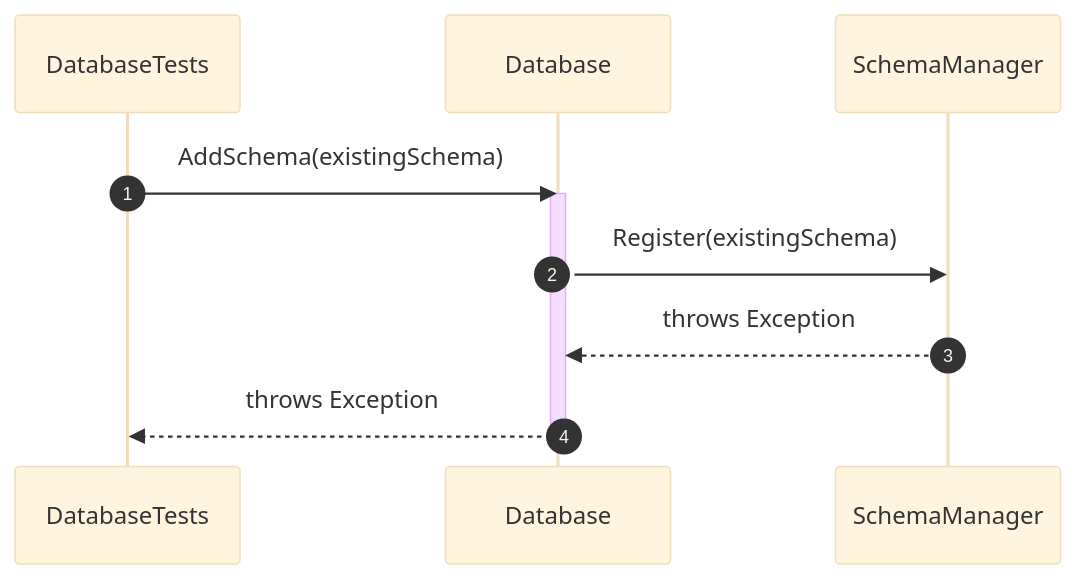
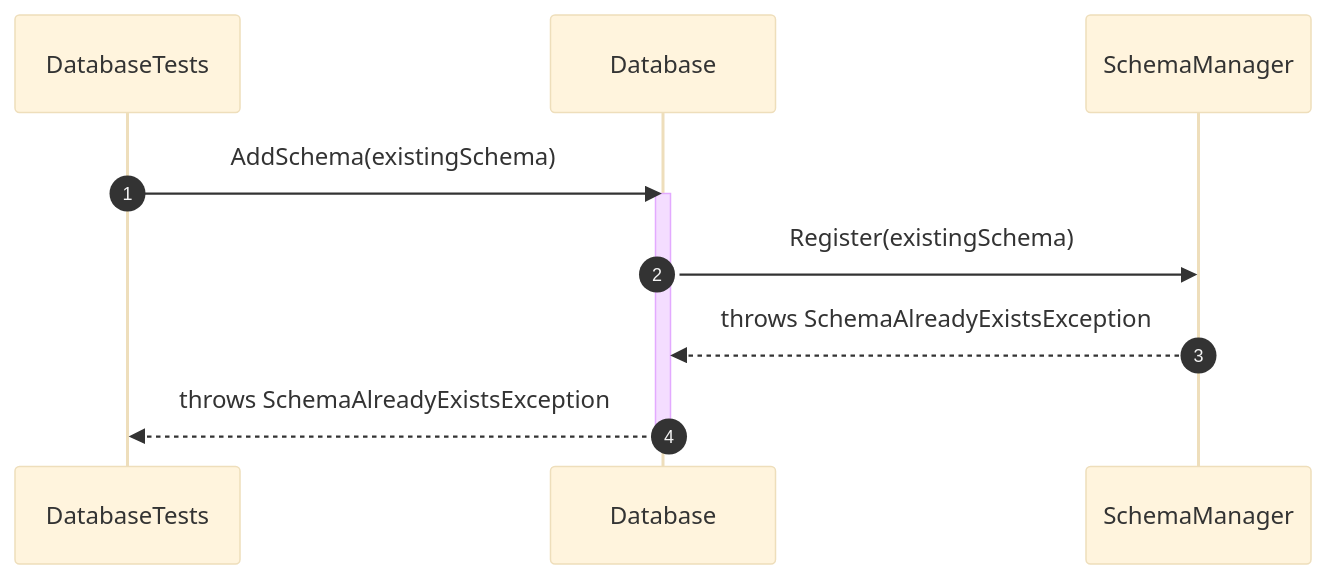
Diagram 18 of 29 in docs/sequence-diagrams/database-management/README.md (manaxpow/DBMS), drawn with Mermaid (base theme) before and after one commit. The commit also changed other lines of this file and 23 other files, not shown here.

````diff
--- a/docs/sequence-diagrams/database-management/README.md
+++ b/docs/sequence-diagrams/database-management/README.md
@@ -359,15 +359,15 @@
 ```mermaid
 sequenceDiagram
     autonumber
 
     participant Test as DatabaseTests
     participant DB as Database
     participant SchemaManager as SchemaManager
 
     Test->>DB: AddSchema(existingSchema)
     activate DB
     DB->>SchemaManager: Register(existingSchema)
-    SchemaManager-->>DB: throws Exception
-    DB-->>Test: throws Exception
+    SchemaManager-->>DB: throws SchemaAlreadyExistsException
+    DB-->>Test: throws SchemaAlreadyExistsException
     deactivate DB
 ```
````
